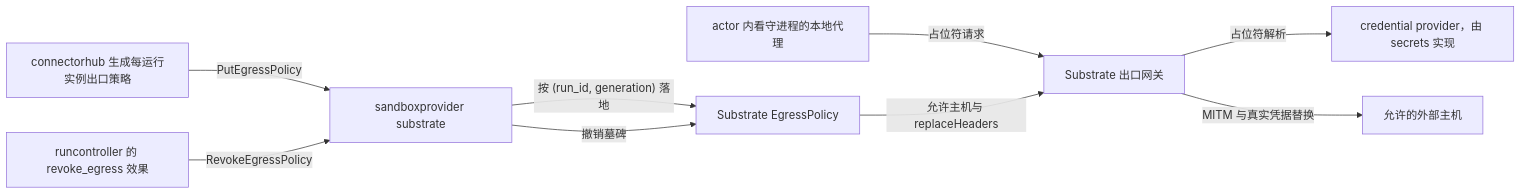
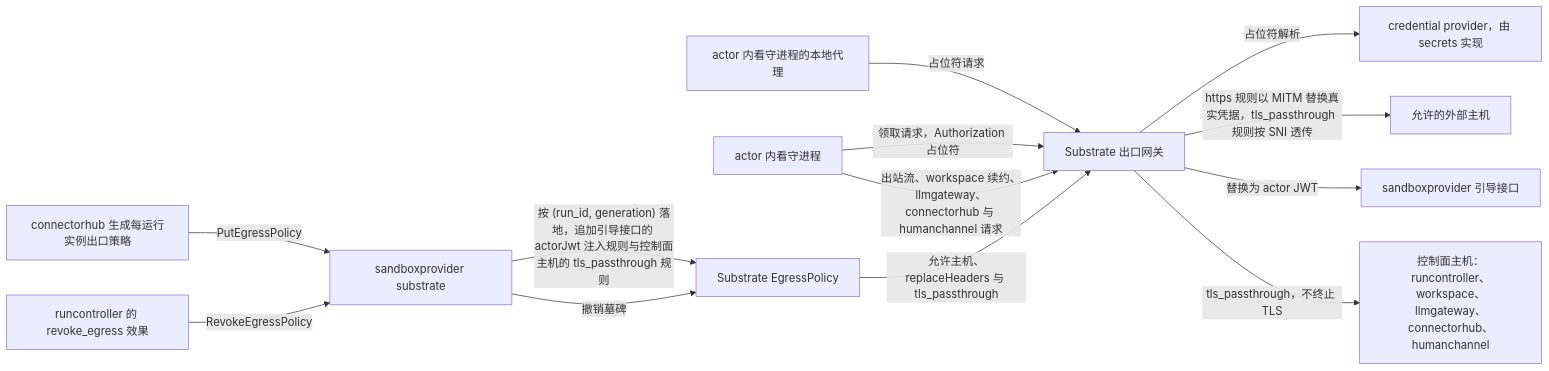
One commit to wangzw/castworks changed the fourth of 4 diagrams in docs/design/modules/sandboxprovider/design-sandboxprovider-substrate.md. Above: the diagram before and after it, drawn with Mermaid. The commit also changed other lines of this file and 37 other files, not shown here.

````diff
--- a/docs/design/modules/sandboxprovider/design-sandboxprovider-substrate.md
+++ b/docs/design/modules/sandboxprovider/design-sandboxprovider-substrate.md
@@ -168,11 +229,15 @@
 ```mermaid
 flowchart LR
     H["connectorhub 生成每运行实例出口策略"] -->|"PutEgressPolicy"| P["sandboxprovider substrate"]
-    P -->|"按 (run_id, generation) 落地"| E["Substrate EgressPolicy"]
+    P -->|"按 (run_id, generation) 落地，追加引导接口的 actorJwt 注入规则与控制面主机的 tls_passthrough 规则"| E["Substrate EgressPolicy"]
     A["actor 内看守进程的本地代理"] -->|"占位符请求"| G["Substrate 出口网关"]
-    E -->|"允许主机与 replaceHeaders"| G
+    W["actor 内看守进程"] -->|"领取请求，Authorization 占位符"| G
+    W -->|"出站流、workspace 续约、llmgateway、connectorhub 与 humanchannel 请求"| G
+    E -->|"允许主机、replaceHeaders 与 tls_passthrough"| G
     G -->|"占位符解析"| C["credential provider，由 secrets 实现"]
-    G -->|"MITM 与真实凭据替换"| U["允许的外部主机"]
+    G -->|"https 规则以 MITM 替换真实凭据，tls_passthrough 规则按 SNI 透传"| U["允许的外部主机"]
+    G -->|"替换为 actor JWT"| B["sandboxprovider 引导接口"]
+    G -->|"tls_passthrough，不终止 TLS"| Q["控制面主机：runcontroller、workspace、llmgateway、connectorhub、humanchannel"]
     R["runcontroller 的 revoke_egress 效果"] -->|"RevokeEgressPolicy"| P
     P -->|"撤销墓碑"| E
 ```
````
